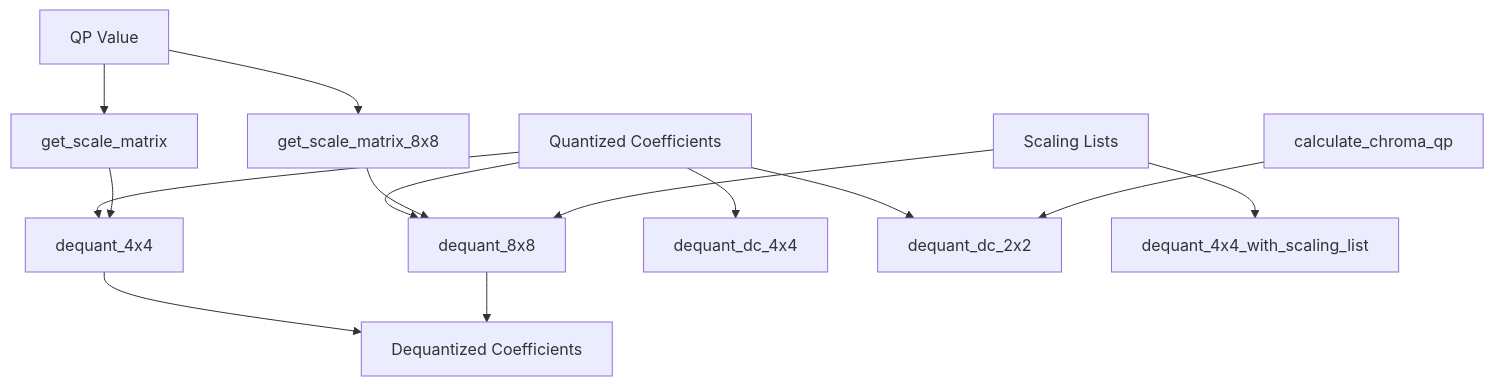
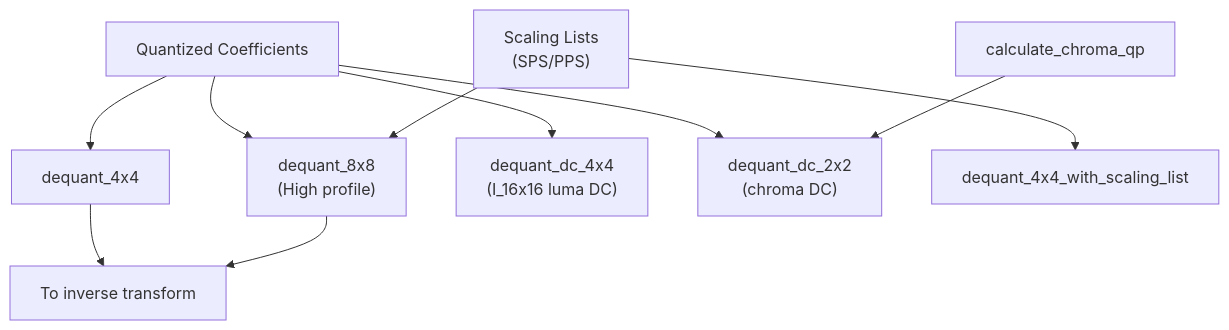
Before and after one commit to abhiksark/python-h264-scratch: the second of 2 diagrams in dequant/README.md, drawn with Mermaid. The commit also changed other lines of this file and 13 other files, not shown here.

````diff
--- a/dequant/README.md
+++ b/dequant/README.md
@@ -27,16 +77,12 @@
 ```mermaid
 flowchart TD
-    QC[Quantized Coefficients] --> DQ4[dequant_4x4]
-    QC --> DQ8[dequant_8x8]
-    QC --> DQDC4[dequant_dc_4x4]
-    QC --> DQDC2[dequant_dc_2x2]
-    QP[QP Value] --> SM4[get_scale_matrix]
-    QP --> SM8[get_scale_matrix_8x8]
-    SM4 --> DQ4
-    SM8 --> DQ8
-    SL[Scaling Lists] --> DQ4SL[dequant_4x4_with_scaling_list]
+    QC[Quantized Coefficients] --> DQ4["dequant_4x4"]
+    QC --> DQ8["dequant_8x8\n(High profile)"]
+    QC --> DQDC4["dequant_dc_4x4\n(I_16x16 luma DC)"]
+    QC --> DQDC2["dequant_dc_2x2\n(chroma DC)"]
+    SL["Scaling Lists\n(SPS/PPS)"] --> DQ4SL["dequant_4x4_with_scaling_list"]
     SL --> DQ8
-    CQP[calculate_chroma_qp] --> DQDC2
-    DQ4 --> OUT[Dequantized Coefficients]
+    CQP["calculate_chroma_qp"] --> DQDC2
+    DQ4 --> OUT[To inverse transform]
     DQ8 --> OUT
 ```
````
